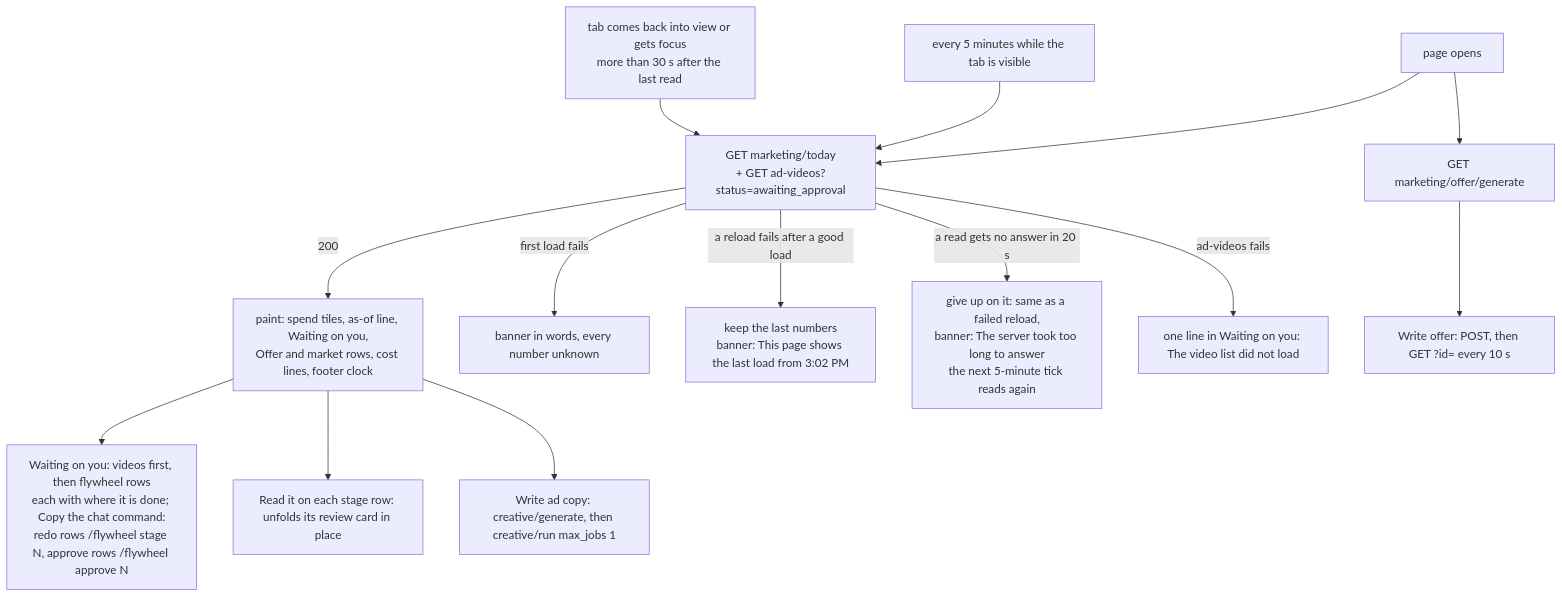
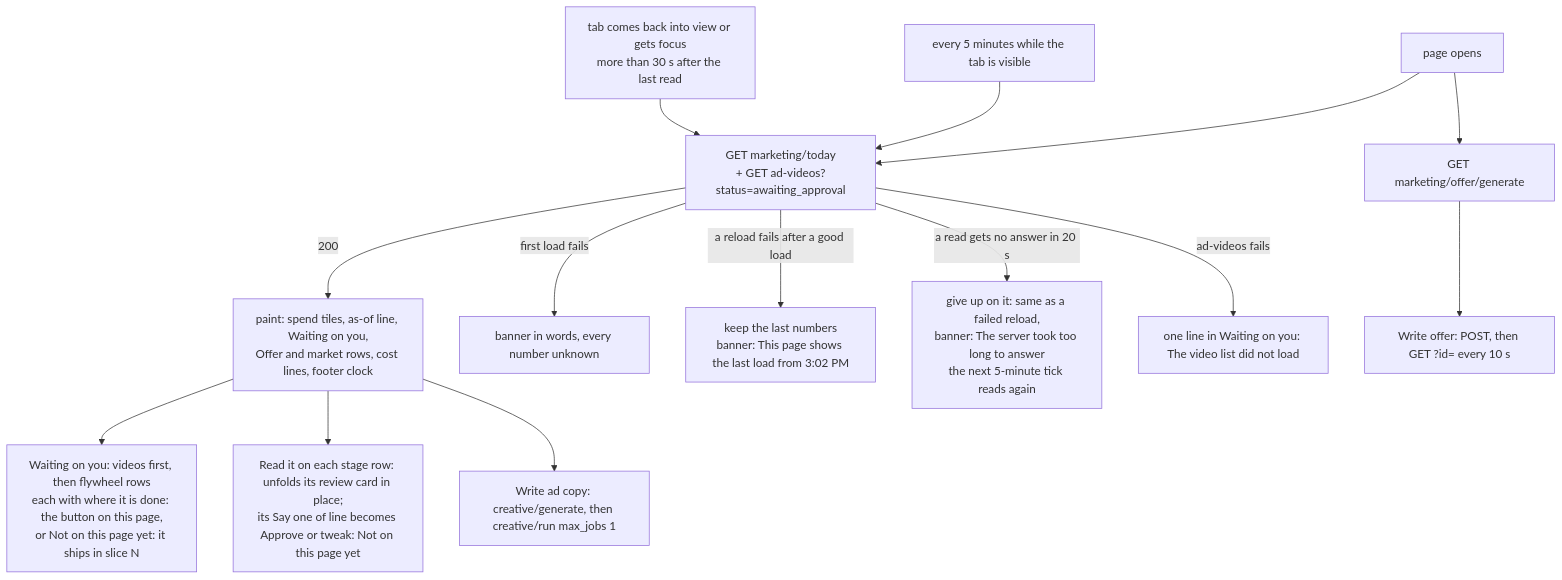
One commit to ZootimusMaximusSupreme/fundhub-platform changed the third of 16 diagrams in docs/journeys/marketing-dashboard-flow.md. Above: the diagram before and after it, drawn with Mermaid. The commit also changed other lines of this file and 5 other files, not shown here.

First line of the commit message:
Command Center slice 0: topbar wraps, no row sends Chris to chat

````diff
--- a/docs/journeys/marketing-dashboard-flow.md
+++ b/docs/journeys/marketing-dashboard-flow.md
@@ -97,16 +97,16 @@
 ```mermaid
 flowchart TD
   P0[page opens] --> P1[GET marketing/today<br/>+ GET ad-videos?status=awaiting_approval]
   P0 --> P2[GET marketing/offer/generate]
   P1 -->|200| P3[paint: spend tiles, as-of line, Waiting on you,<br/>Offer and market rows, cost lines, footer clock]
   P1 -->|first load fails| P4[banner in words, every number unknown]
   T1[every 5 minutes while the tab is visible] --> P1
   T2[tab comes back into view or gets focus<br/>more than 30 s after the last read] --> P1
   P1 -->|a reload fails after a good load| P5[keep the last numbers<br/>banner: This page shows the last load from 3:02 PM]
   P1 -->|a read gets no answer in 20 s| P7[give up on it: same as a failed reload,<br/>banner: The server took too long to answer<br/>the next 5-minute tick reads again]
   P1 -->|ad-videos fails| P6[one line in Waiting on you: The video list did not load]
-  P3 --> W1[Waiting on you: videos first, then flywheel rows<br/>each with where it is done; Copy the chat command:<br/>redo rows /flywheel stage N, approve rows /flywheel approve N]
-  P3 --> R1[Read it on each stage row: unfolds its review card in place]
+  P3 --> W1[Waiting on you: videos first, then flywheel rows<br/>each with where it is done: the button on this page,<br/>or Not on this page yet: it ships in slice N]
+  P3 --> R1[Read it on each stage row: unfolds its review card in place;<br/>its Say one of line becomes Approve or tweak: Not on this page yet]
   P3 --> X1[Write ad copy: creative/generate, then creative/run max_jobs 1]
   P2 --> X2[Write offer: POST, then GET ?id= every 10 s]
 ```
````
